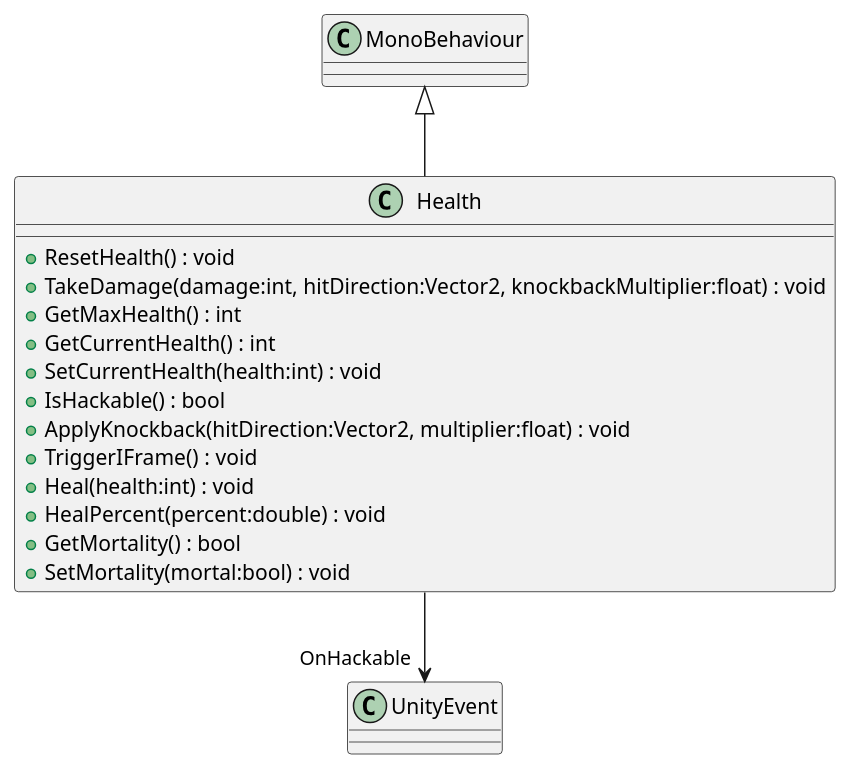
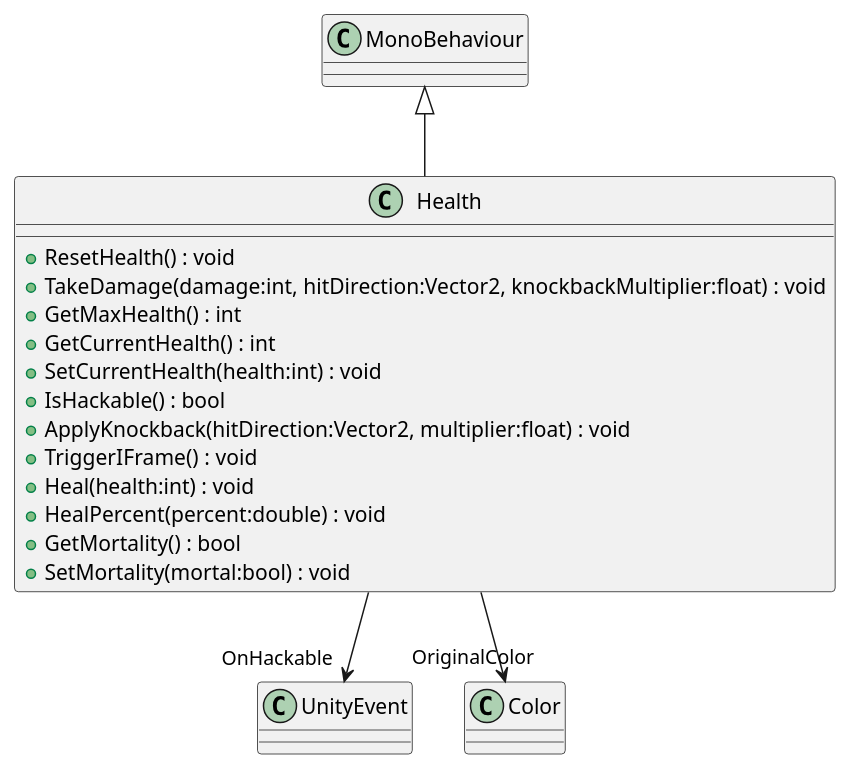
One commit to KawinM23/TakeControl changed the diagram in UML/Combat/Health.puml. Above: the diagram before and after it, drawn with PlantUML. The commit also changed 5 other files, not shown here.

Commit message:
ci: generate uml (Generate UML)

```diff
--- a/UML/Combat/Health.puml
+++ b/UML/Combat/Health.puml
@@ -1,18 +1,19 @@
 @startuml
 class Health {
     + ResetHealth() : void
     + TakeDamage(damage:int, hitDirection:Vector2, knockbackMultiplier:float) : void
     + GetMaxHealth() : int
     + GetCurrentHealth() : int
     + SetCurrentHealth(health:int) : void
     + IsHackable() : bool
     + ApplyKnockback(hitDirection:Vector2, multiplier:float) : void
     + TriggerIFrame() : void
     + Heal(health:int) : void
     + HealPercent(percent:double) : void
     + GetMortality() : bool
     + SetMortality(mortal:bool) : void
 }
 MonoBehaviour <|-- Health
 Health --> "OnHackable" UnityEvent
+Health --> "OriginalColor" Color
 @enduml
```
